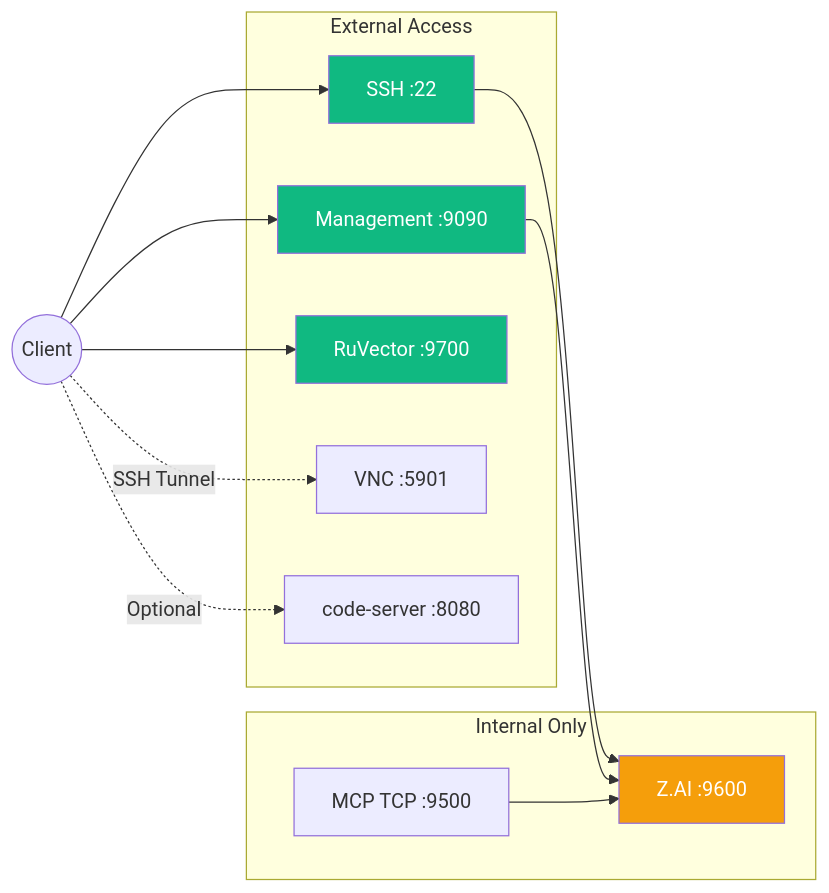
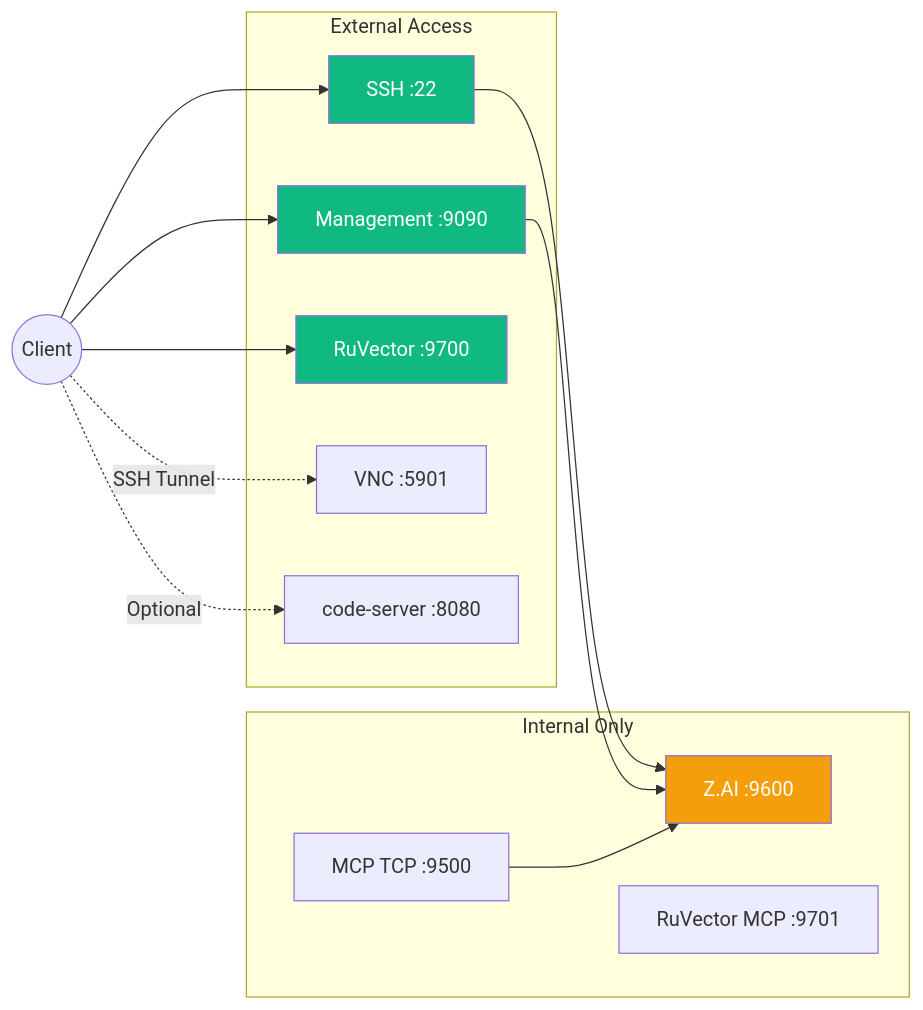
One commit to DreamLab-AI/agentbox changed the third of 9 diagrams in README.md. Above: the diagram before and after it, drawn with Mermaid. The commit also changed other lines of this file and 53 other files, not shown here.

````diff
--- a/README.md
+++ b/README.md
@@ -135,30 +157,31 @@
 ```mermaid
 graph LR
     subgraph "External Access"
         SSH[SSH :22]
         MGMT[Management :9090]
         RUV[RuVector :9700]
         VNC[VNC :5901]
         CODE[code-server :8080]
     end
 
     subgraph "Internal Only"
         ZAI[Z.AI :9600]
         MCP[MCP TCP :9500]
+        RVMCP[RuVector MCP :9701]
     end
 
     CLIENT((Client)) --> SSH
     CLIENT --> MGMT
     CLIENT --> RUV
     CLIENT -.->|"SSH Tunnel"| VNC
     CLIENT -.->|"Optional"| CODE
 
     SSH --> ZAI
     MGMT --> ZAI
     MCP --> ZAI
 
     style ZAI fill:#f59e0b,color:#fff
     style SSH fill:#10b981,color:#fff
     style MGMT fill:#10b981,color:#fff
     style RUV fill:#10b981,color:#fff
 ```
````
